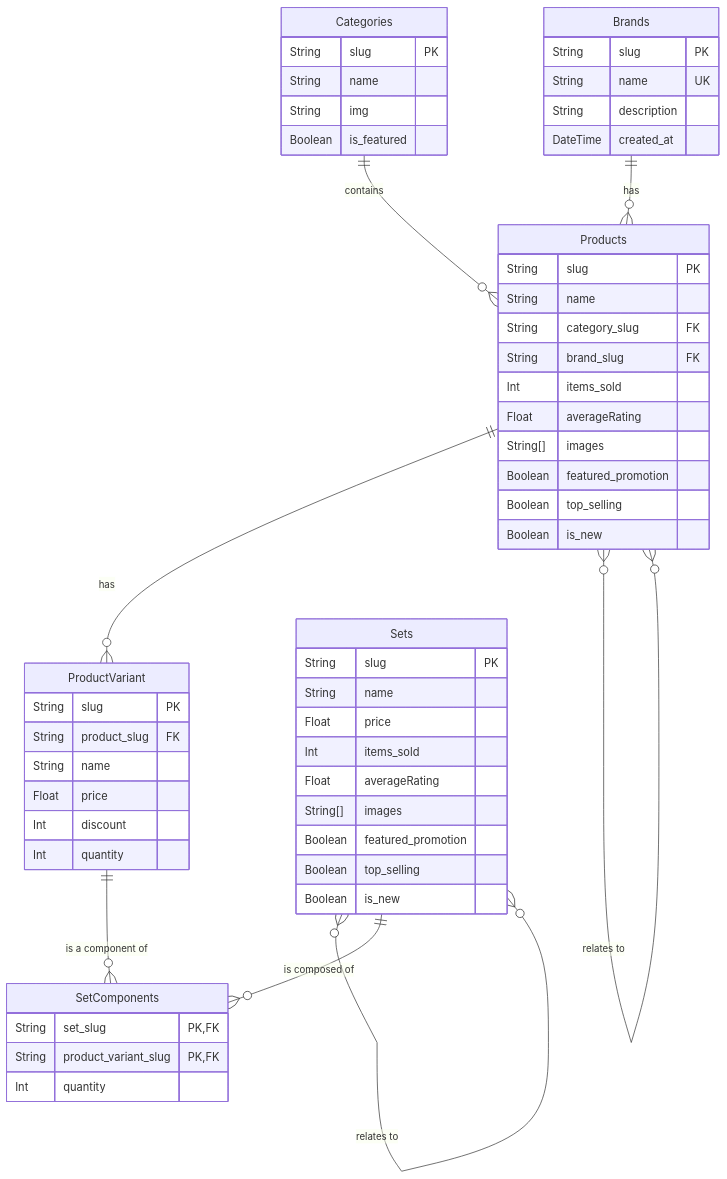
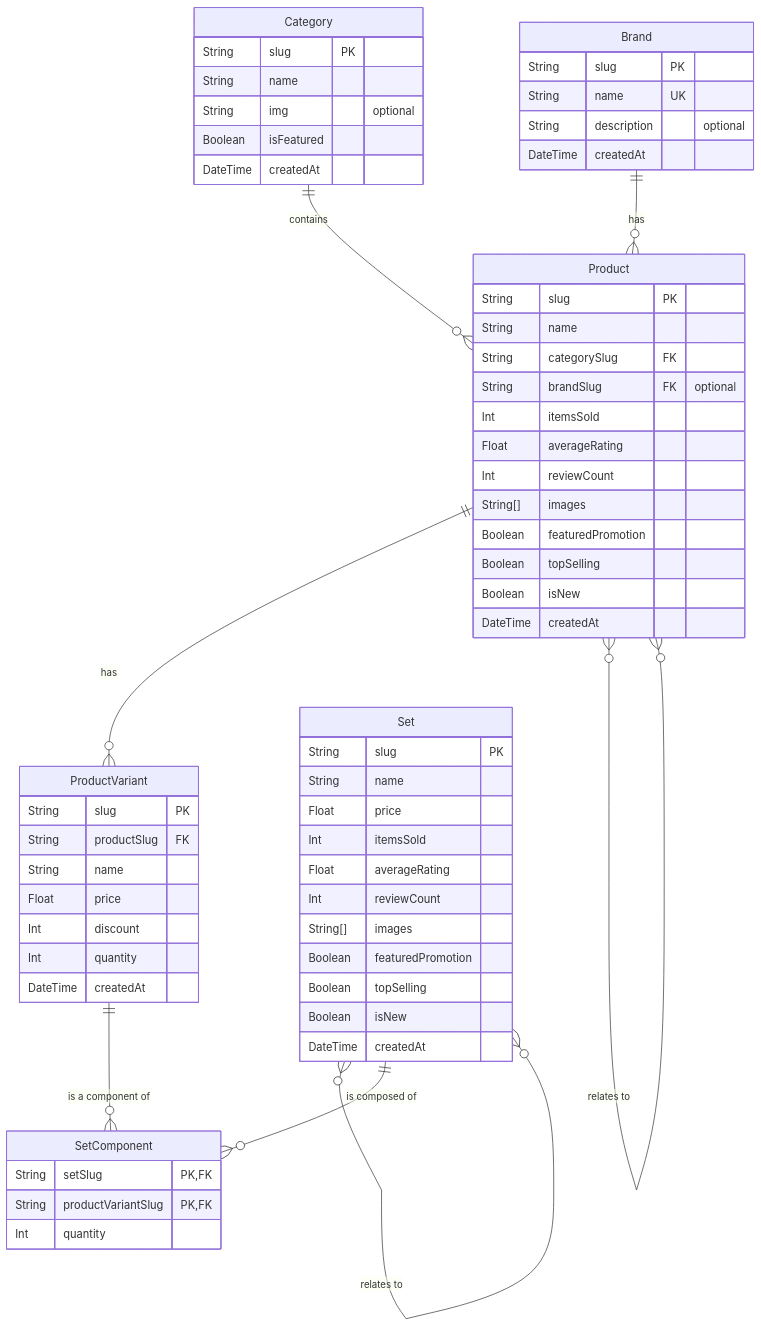
The second of 5 diagrams in docs/01-Overview/02-Tech-Stack-Concepts.md (aymanbazyan/storeflow-docs), drawn with Mermaid before and after one commit. The commit also changed other lines of this file and 4 other files, not shown here.

````diff
--- a/docs/01-Overview/02-Tech-Stack-Concepts.md
+++ b/docs/01-Overview/02-Tech-Stack-Concepts.md
@@ -87,64 +92,70 @@
 ```mermaid
 erDiagram
-    Categories {
+    Category {
         String slug PK
         String name
-        String img
-        Boolean is_featured
+        String img "optional"
+        Boolean isFeatured
+        DateTime createdAt
     }
 
-    Brands {
+    Brand {
         String slug PK
         String name UK
-        String description
-        DateTime created_at
+        String description "optional"
+        DateTime createdAt
     }
 
-    Products {
+    Product {
         String slug PK
         String name
-        String category_slug FK
-        String brand_slug FK
-        Int items_sold
+        String categorySlug FK
+        String brandSlug FK "optional"
+        Int itemsSold
         Float averageRating
+        Int reviewCount
         String[] images
-        Boolean featured_promotion
-        Boolean top_selling
-        Boolean is_new
+        Boolean featuredPromotion
+        Boolean topSelling
+        Boolean isNew
+        DateTime createdAt
     }
 
     ProductVariant {
         String slug PK
-        String product_slug FK
+        String productSlug FK
         String name
         Float price
         Int discount
         Int quantity
+        DateTime createdAt
     }
 
-    Sets {
+    Set {
         String slug PK
         String name
         Float price
-        Int items_sold
+        Int itemsSold
         Float averageRating
+        Int reviewCount
         String[] images
-        Boolean featured_promotion
-        Boolean top_selling
-        Boolean is_new
+        Boolean featuredPromotion
+        Boolean topSelling
+        Boolean isNew
+        DateTime createdAt
     }
 
-    SetComponents {
-        String set_slug PK, FK
-        String product_variant_slug PK, FK
+    SetComponent {
+        String setSlug PK, FK
+        String productVariantSlug PK, FK
         Int quantity
     }
 
-    Categories ||--o{ Products : "contains"
-    Brands ||--o{ Products : "has"
-    Products ||--o{ ProductVariant : "has"
-    Products }o--o{ Products : "relates to"
-    Sets }o--o{ Sets : "relates to"
-    Sets ||--o{ SetComponents : "is composed of"
-    ProductVariant ||--o{ SetComponents : "is a component of"
+    Category ||--o{ Product : "contains"
+    Brand ||--o{ Product : "has"
+    Product ||--o{ ProductVariant : "has"
+    Product }o--o{ Product : "relates to"
+    Set }o--o{ Set : "relates to"
+    Set ||--o{ SetComponent : "is composed of"
+    ProductVariant ||--o{ SetComponent : "is a component of"
 ```
````
